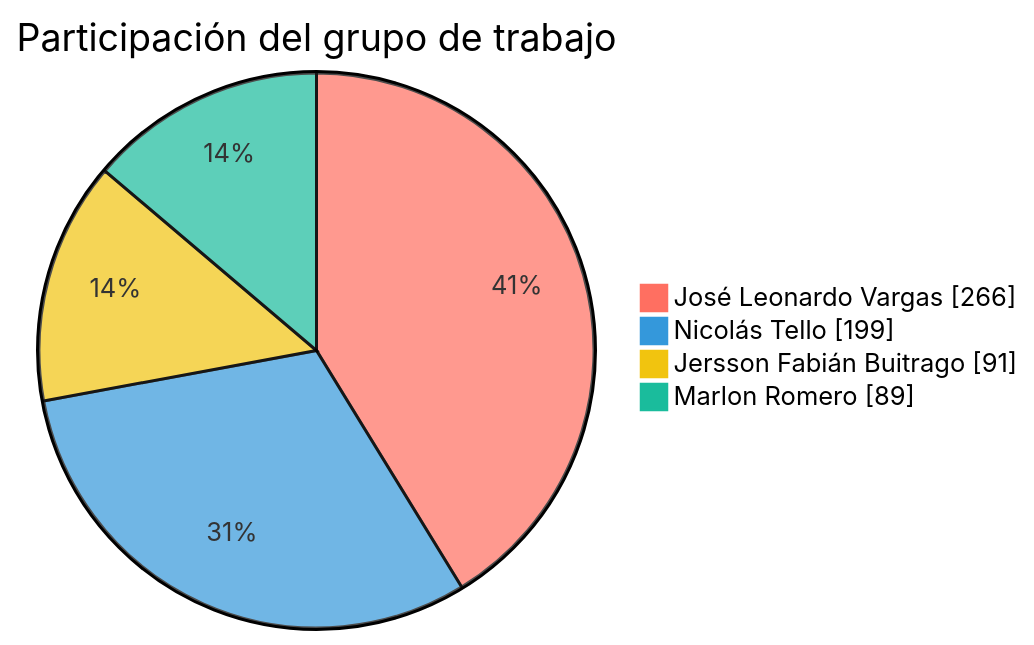
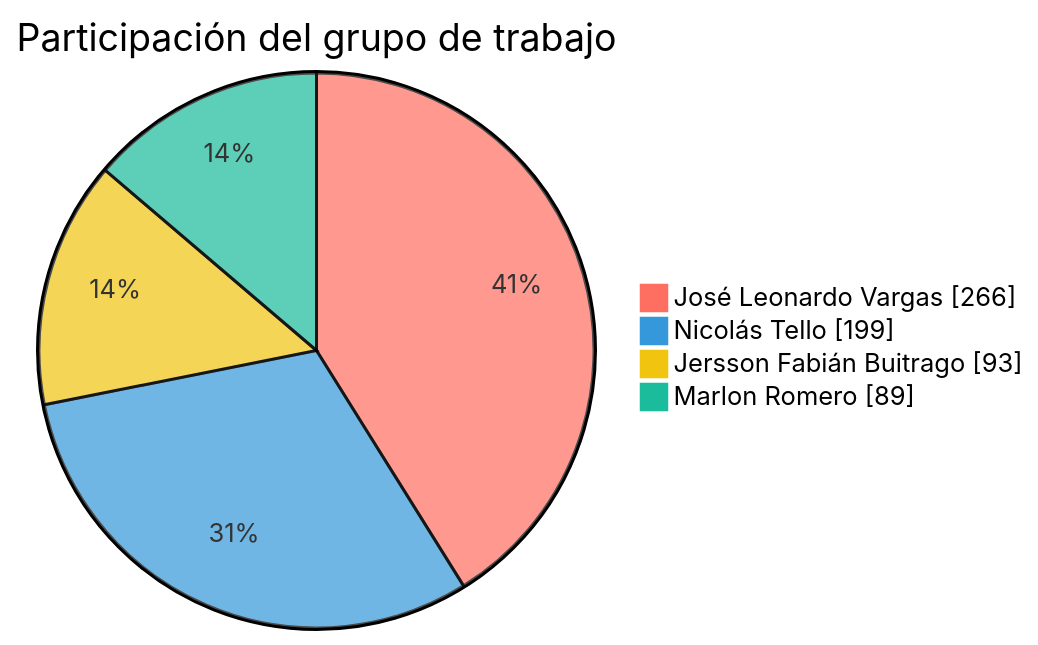
The first of 2 diagrams in README.md (FarmaExpres/FarmaExpres), drawn with Mermaid before and after one commit. The commit also changed other lines of this file and 1 other file, not shown here.

````diff
--- a/README.md
+++ b/README.md
@@ -389,9 +389,9 @@
 ```mermaid
 %%{init: {"themeVariables": {"pie1": "#ff6f61", "pie2": "#3498db", "pie3": "#f1c40f", "pie4": "#1abc9c", "pieLabelColor": "#000000", "pieLabelFontSize": "24px", "pieLabelFontWeight": "700"}}}%%
 pie showData
     title Participación del grupo de trabajo
     "José Leonardo Vargas" : 266
     "Nicolás Tello" : 199
-    "Jersson Fabián Buitrago" : 91
+    "Jersson Fabián Buitrago" : 93
     "Marlon Romero" : 89
 ```
````
